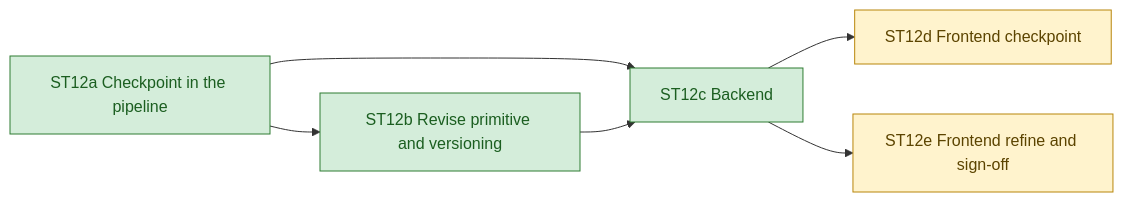
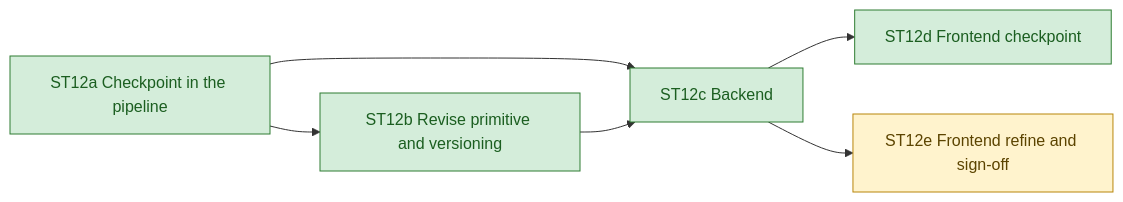
The diagram in docs/hitl/ROADMAP.md (lofeodo/rfp-solution-summary-generator), drawn with Mermaid before and after one commit. The commit also changed other lines of this file and 5 other files, not shown here.

````diff
--- a/docs/hitl/ROADMAP.md
+++ b/docs/hitl/ROADMAP.md
@@ -40,12 +40,12 @@
 ```mermaid
 flowchart LR
     A[ST12a Checkpoint in the pipeline] --> B[ST12b Revise primitive and versioning]
     A --> C[ST12c Backend]
     C --> D[ST12d Frontend checkpoint]
     B --> C
     C --> E[ST12e Frontend refine and sign-off]
     classDef done fill:#d4edda,stroke:#2e7d32,color:#1b5e20
     classDef ready fill:#fff3cd,stroke:#b8860b,color:#5c4400
-    class A,B,C done
-    class D,E ready
+    class A,B,C,D done
+    class E ready
 ```
````
